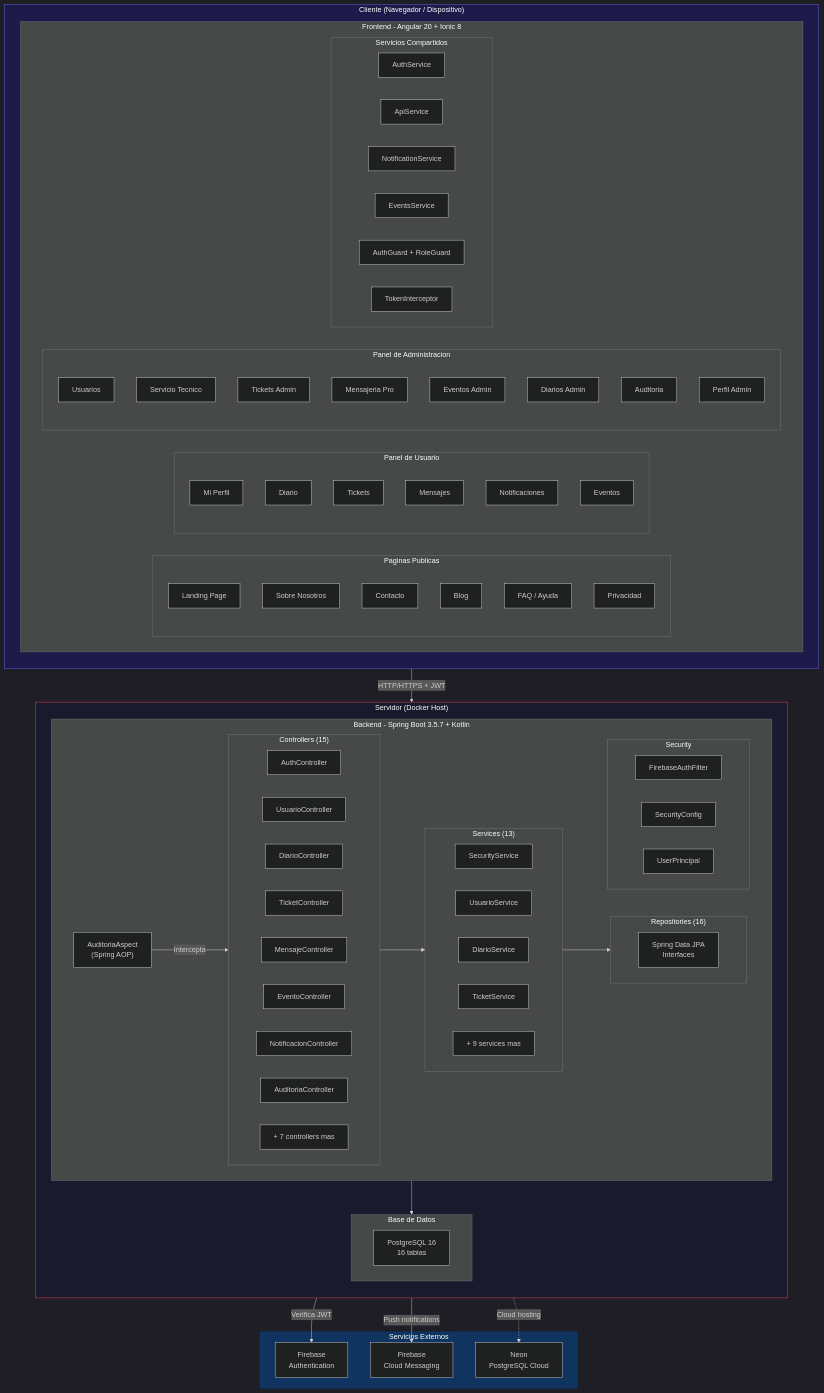
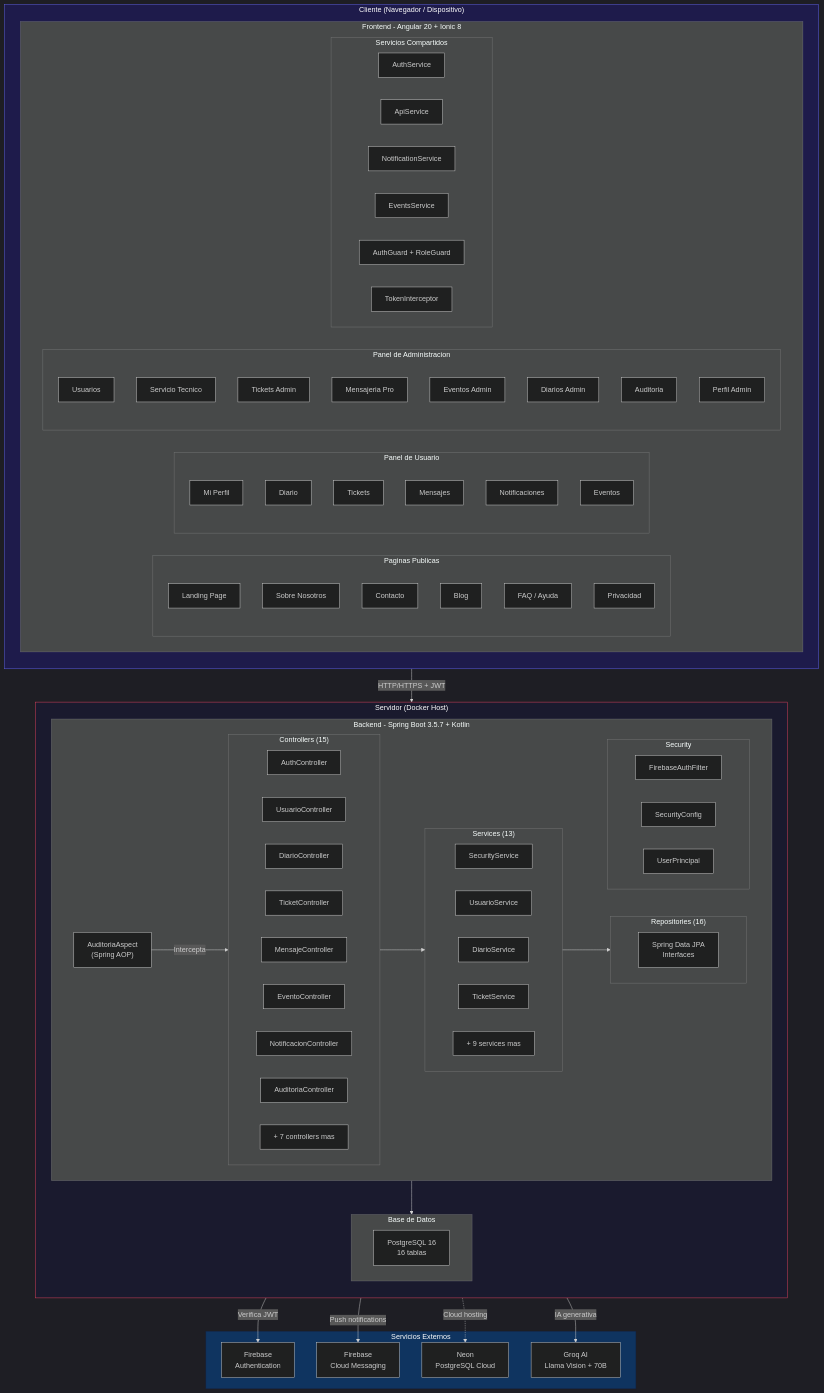
One commit to JesusDev-code/TFG-DevNexus changed the eighth of 11 diagrams in documentación/TFG_DevNexus_Documentacion.md. Above: the diagram before and after it, drawn with Mermaid. The commit also changed other lines of this file and 48 other files, not shown here.

```diff
--- a/documentación/TFG_DevNexus_Documentacion.md
+++ b/documentación/TFG_DevNexus_Documentacion.md
@@ -1396,6 +1432,7 @@
         FirebaseAuth["Firebase<br/>Authentication"]
         FirebaseFCM["Firebase<br/>Cloud Messaging"]
         NeonDB["Neon<br/>PostgreSQL Cloud"]
+        GroqAI2["Groq AI<br/>Llama Vision + 70B"]
     end
 
     FE -->|"HTTP/HTTPS + JWT"| BE
@@ -1404,6 +1441,7 @@
     Repos --> DB
     Security -->|"Verifica JWT"| FirebaseAuth
     BE -->|"Push notifications"| FirebaseFCM
+    Services -->|"IA generativa"| GroqAI2
     DB -.->|"Cloud hosting"| NeonDB
     AuditAspect -->|"Intercepta"| Controllers
 
```
